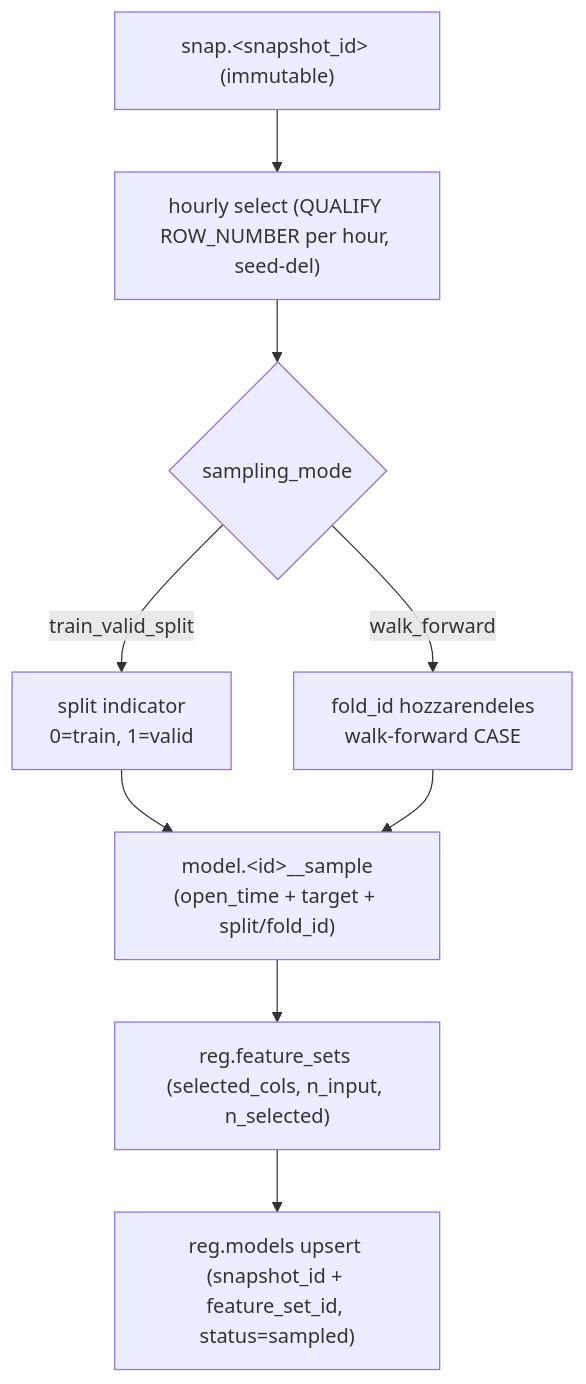
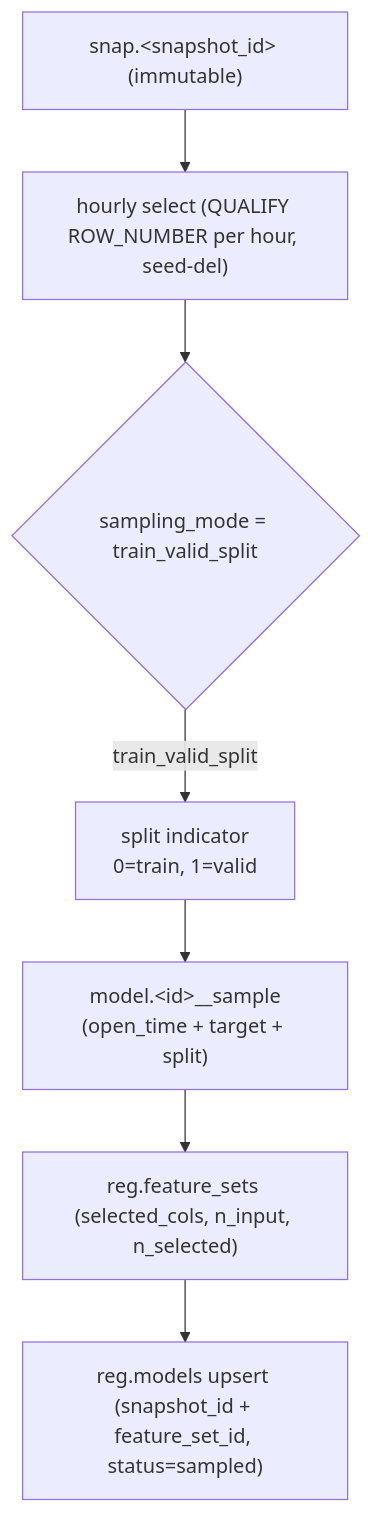
Before and after one commit to Nemesis14/chronoquant: the third of 10 diagrams in _doc_/database_and_code_doc/0004_model_lifecycle.md, drawn with Mermaid. The commit also changed other lines of this file and 1008 other files, not shown here.

````diff
--- a/_doc_/database_and_code_doc/0004_model_lifecycle.md
+++ b/_doc_/database_and_code_doc/0004_model_lifecycle.md
@@ -76,16 +75,14 @@
 ```mermaid
 flowchart TD
   SNAP["snap.&lt;snapshot_id&gt; (immutable)"]
   HOURLY["hourly select (QUALIFY ROW_NUMBER per hour, seed-del)"]
-  MODE{sampling_mode}
+  MODE{sampling_mode = train_valid_split}
   SPLIT["split indicator\n0=train, 1=valid"]
-  FOLD["fold_id hozzarendeles\nwalk-forward CASE"]
-  SAMP_T["model.&lt;id&gt;__sample\n(open_time + target + split/fold_id)"]
+  SAMP_T["model.&lt;id&gt;__sample\n(open_time + target + split)"]
   FS["reg.feature_sets (selected_cols, n_input, n_selected)"]
   REG_M["reg.models upsert (snapshot_id + feature_set_id, status=sampled)"]
 
   SNAP --> HOURLY --> MODE
   MODE -- train_valid_split --> SPLIT --> SAMP_T
-  MODE -- walk_forward --> FOLD --> SAMP_T
   SAMP_T --> FS --> REG_M
 ```
````
